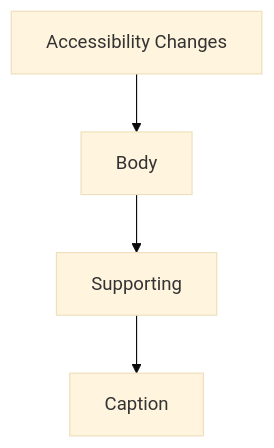
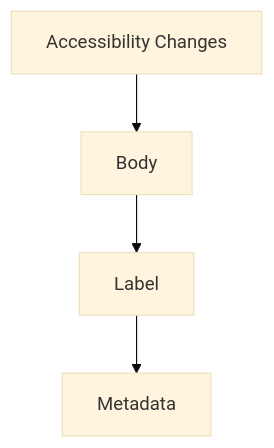
One commit to mosaic-media/mosaic-architecture changed the sixth of 8 diagrams in docs/design/system/mds-004-typography-system/08-runtime-resolution.md. Above: the diagram before and after it, drawn with Mermaid (base theme). The commit also changed other lines of this file and 13 other files, not shown here.

````diff
--- a/docs/design/system/mds-004-typography-system/08-runtime-resolution.md
+++ b/docs/design/system/mds-004-typography-system/08-runtime-resolution.md
@@ -335,12 +321,12 @@
 ```mermaid
 flowchart TD
 
 N1["Accessibility Changes"]
 N2["Body"]
-N3["Supporting"]
-N4["Caption"]
+N3["Label"]
+N4["Metadata"]
 
 N1 --> N2
 N2 --> N3
 N3 --> N4
 ```
````
